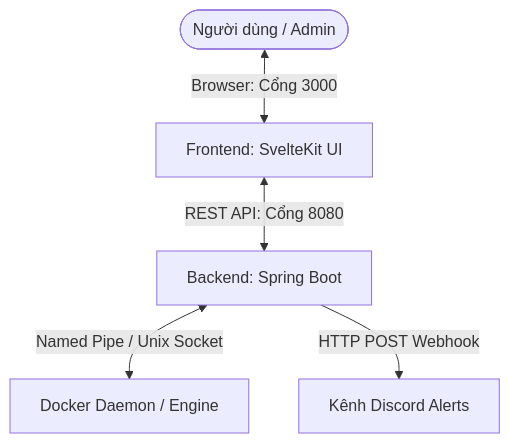
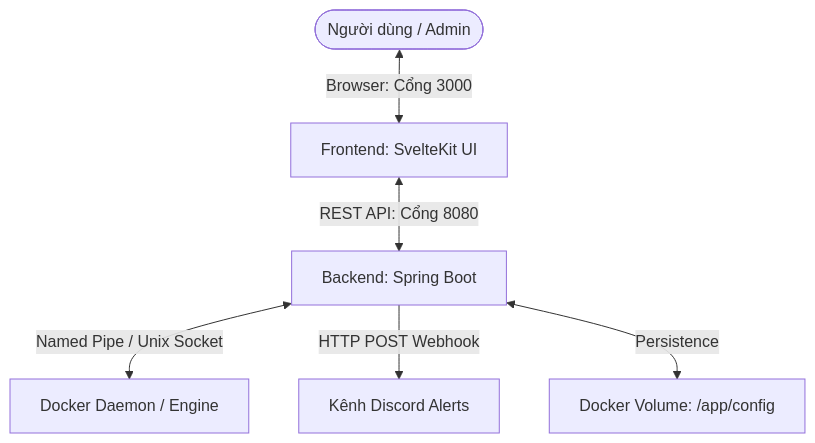
Before and after one commit to kleitusOleny/Oleny-sentinel: the diagram in README.md, drawn with Mermaid. The commit also changed other lines of this file and 21 other files, not shown here.

````diff
--- a/README.md
+++ b/README.md
@@ -44,7 +57,8 @@
 ```mermaid
 graph TD
     User([Người dùng / Admin]) <-->|Browser: Cổng 3000| Frontend[Frontend: SvelteKit UI]
     Frontend <-->|REST API: Cổng 8080| Backend[Backend: Spring Boot]
     Backend <-->|Named Pipe / Unix Socket| Docker[Docker Daemon / Engine]
     Backend -->|HTTP POST Webhook| Discord[Kênh Discord Alerts]
+    Backend <-->|Persistence| Volume[Docker Volume: /app/config]
 ```
````
